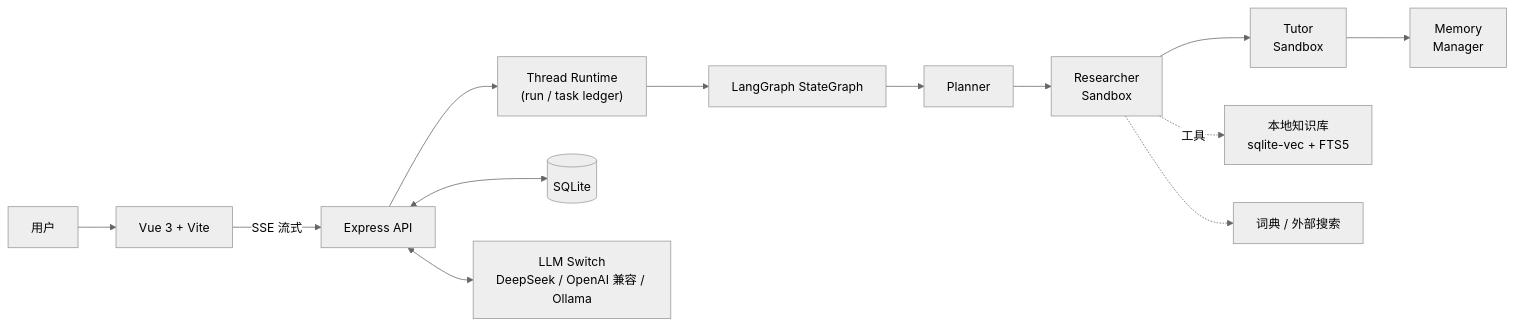
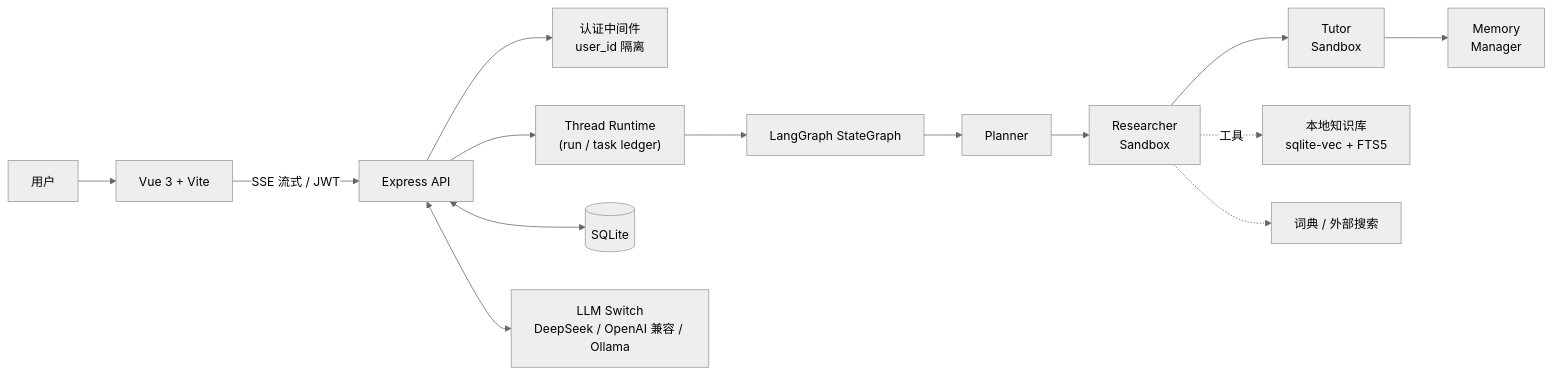
One commit to yuaiccc/japanese-verb-master changed the first of 2 diagrams in README.md. Above: the diagram before and after it, drawn with Mermaid (neutral theme). The commit also changed other lines of this file, not shown here.

Commit message:
docs: document user accounts + multi-user isolation

````diff
--- a/README.md
+++ b/README.md
@@ -45,13 +45,14 @@
 ```mermaid
 flowchart LR
   User["用户"] --> FE["Vue 3 + Vite"]
-  FE -->|"SSE 流式"| API["Express API"]
+  FE -->|"SSE 流式 / JWT"| API["Express API"]
+  API --> AUTH["认证中间件<br/>user_id 隔离"]
   API --> RT["Thread Runtime<br/>(run / task ledger)"]
   RT --> G["LangGraph StateGraph"]
   G --> P["Planner"] --> R["Researcher<br/>Sandbox"]
   R --> T["Tutor<br/>Sandbox"] --> M["Memory<br/>Manager"]
   R -.->|"工具"| KB["本地知识库<br/>sqlite-vec + FTS5"]
   R -.-> EXT["词典 / 外部搜索"]
   API <--> DB[("SQLite")]
   API <--> LLM["LLM Switch<br/>DeepSeek / OpenAI 兼容 / Ollama"]
 ```
````
